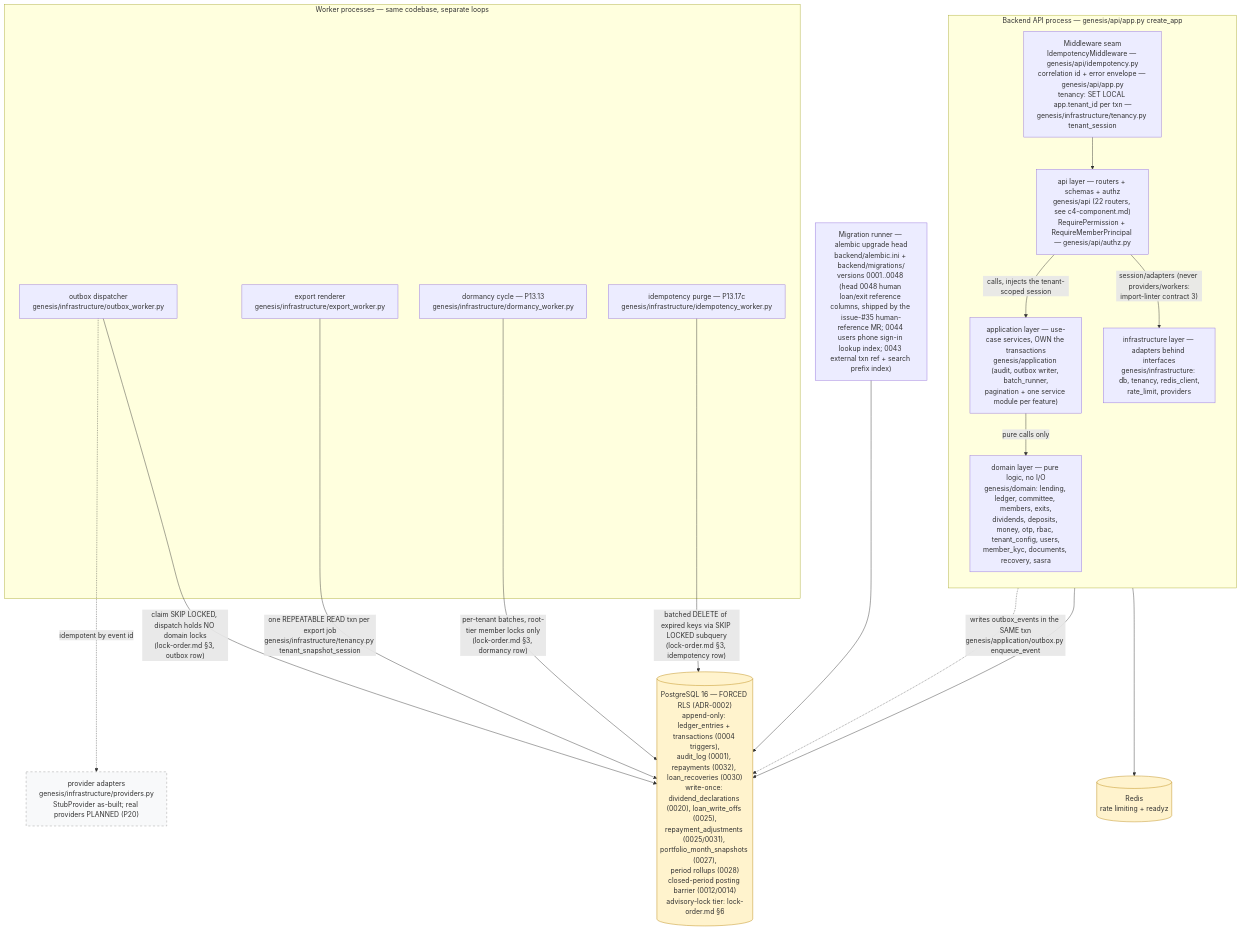
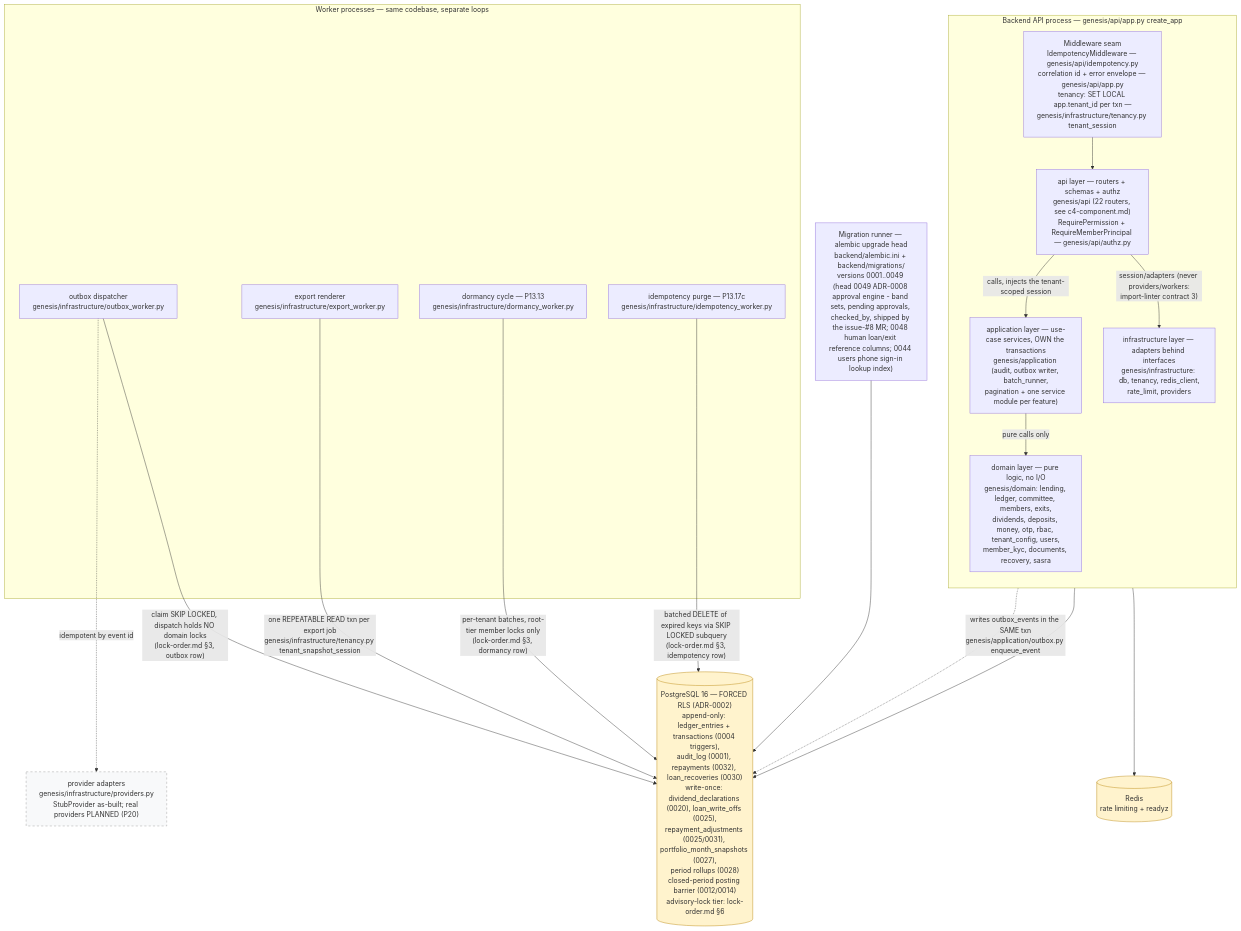
Before and after one commit to Benson-Kim/genesis-sacco-core: the diagram in docs/diagrams/c4-container.md, drawn with Mermaid. The commit also changed other lines of this file and 2 other files, not shown here.

First line of the commit message:
docs(diagrams): same-commit refresh for migration 0049 — head citations, ERD entities, claim key (#8)

````diff
--- a/docs/diagrams/c4-container.md
+++ b/docs/diagrams/c4-container.md
@@ -82,45 +88,45 @@
 ```mermaid
 flowchart TB
     %% Authored against main @ 08541b860f1445b16c342c39b6606d86b9dbeb17
     %% L2 containers — layering per backend/pyproject.toml [tool.importlinter].
 
     subgraph BE["Backend API process — genesis/api/app.py create_app"]
         direction TB
         MW["Middleware seam<br/>IdempotencyMiddleware — genesis/api/idempotency.py<br/>correlation id + error envelope — genesis/api/app.py<br/>tenancy: SET LOCAL app.tenant_id per txn —<br/>genesis/infrastructure/tenancy.py tenant_session"]
         APIL["api layer — routers + schemas + authz<br/>genesis/api (22 routers, see c4-component.md)<br/>RequirePermission + RequireMemberPrincipal — genesis/api/authz.py"]
         APPL["application layer — use-case services, OWN the transactions<br/>genesis/application (audit, outbox writer, batch_runner,<br/>pagination + one service module per feature)"]
         DOM["domain layer — pure logic, no I/O<br/>genesis/domain: lending, ledger, committee, members, exits,<br/>dividends, deposits, money, otp, rbac, tenant_config, users,<br/>member_kyc, documents, recovery, sasra"]
         INF["infrastructure layer — adapters behind interfaces<br/>genesis/infrastructure: db, tenancy, redis_client,<br/>rate_limit, providers"]
         MW --> APIL
         APIL -->|"calls, injects the tenant-scoped session"| APPL
         APPL -->|"pure calls only"| DOM
         APIL -->|"session/adapters (never providers/workers:<br/>import-linter contract 3)"| INF
     end
 
     subgraph WK["Worker processes — same codebase, separate loops"]
         OBW["outbox dispatcher<br/>genesis/infrastructure/outbox_worker.py"]
         EXW["export renderer<br/>genesis/infrastructure/export_worker.py"]
         DMW["dormancy cycle — P13.13<br/>genesis/infrastructure/dormancy_worker.py"]
         IDW["idempotency purge — P13.17c<br/>genesis/infrastructure/idempotency_worker.py"]
     end
 
-    MIG["Migration runner — alembic upgrade head<br/>backend/alembic.ini + backend/migrations/<br/>versions 0001..0048 (head 0048 human loan/exit reference columns, shipped by the issue-#35 human-reference MR; 0044 users phone sign-in lookup index; 0043 external txn ref + search prefix index)"]
+    MIG["Migration runner — alembic upgrade head<br/>backend/alembic.ini + backend/migrations/<br/>versions 0001..0049 (head 0049 ADR-0008 approval engine - band sets, pending approvals, checked_by, shipped by the issue-#8 MR; 0048 human loan/exit reference columns; 0044 users phone sign-in lookup index)"]
 
     PG[("PostgreSQL 16 — FORCED RLS (ADR-0002)<br/>append-only: ledger_entries + transactions (0004 triggers),<br/>audit_log (0001), repayments (0032), loan_recoveries (0030)<br/>write-once: dividend_declarations (0020), loan_write_offs (0025),<br/>repayment_adjustments (0025/0031), portfolio_month_snapshots (0027),<br/>period rollups (0028)<br/>closed-period posting barrier (0012/0014)<br/>advisory-lock tier: lock-order.md §6")]
     RD[("Redis<br/>rate limiting + readyz")]
 
     APPL -.->|"writes outbox_events in the SAME txn<br/>genesis/application/outbox.py enqueue_event"| PG
     INF --> PG
     INF --> RD
     OBW -->|"claim SKIP LOCKED, dispatch holds NO domain locks<br/>(lock-order.md §3, outbox row)"| PG
     EXW -->|"one REPEATABLE READ txn per export job<br/>genesis/infrastructure/tenancy.py tenant_snapshot_session"| PG
     DMW -->|"per-tenant batches, root-tier member locks only<br/>(lock-order.md §3, dormancy row)"| PG
     IDW -->|"batched DELETE of expired keys via SKIP LOCKED subquery<br/>(lock-order.md §3, idempotency row)"| PG
     OBW -.->|"idempotent by event id"| PROV["provider adapters<br/>genesis/infrastructure/providers.py<br/>StubProvider as-built; real providers PLANNED (P20)"]
     MIG --> PG
 
     classDef store fill:#fff3cd,stroke:#b8860b;
     class PG,RD store;
     classDef planned fill:#f8f9fa,stroke:#999,stroke-dasharray: 5 5;
     class PROV planned;
 ```
````
